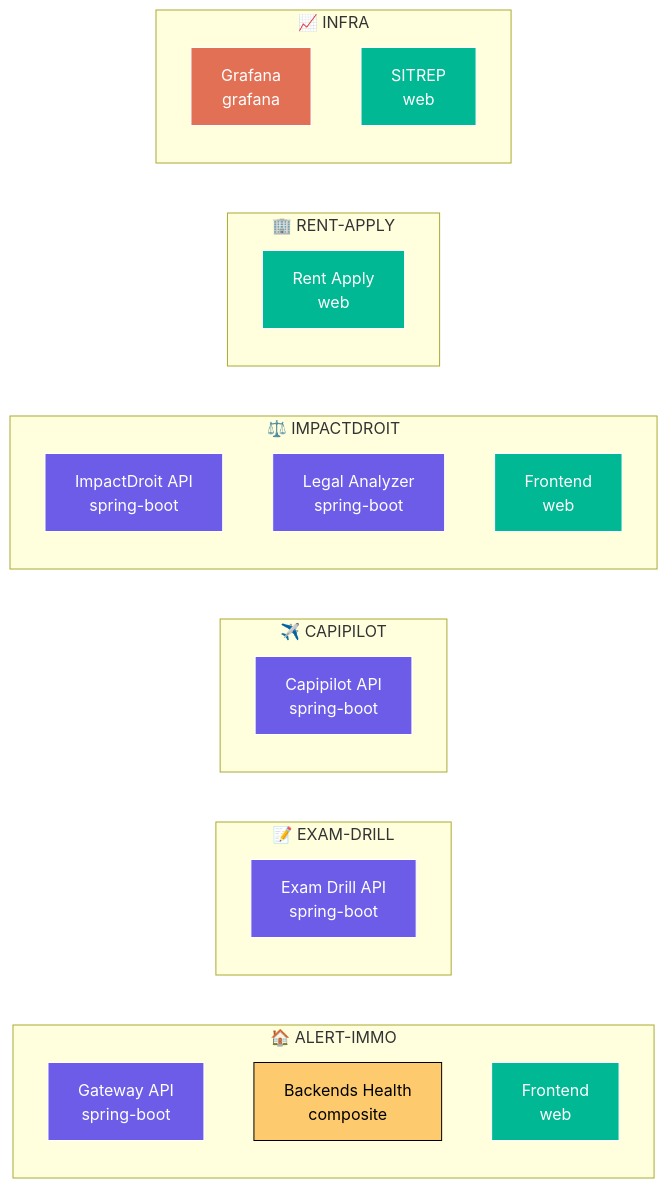
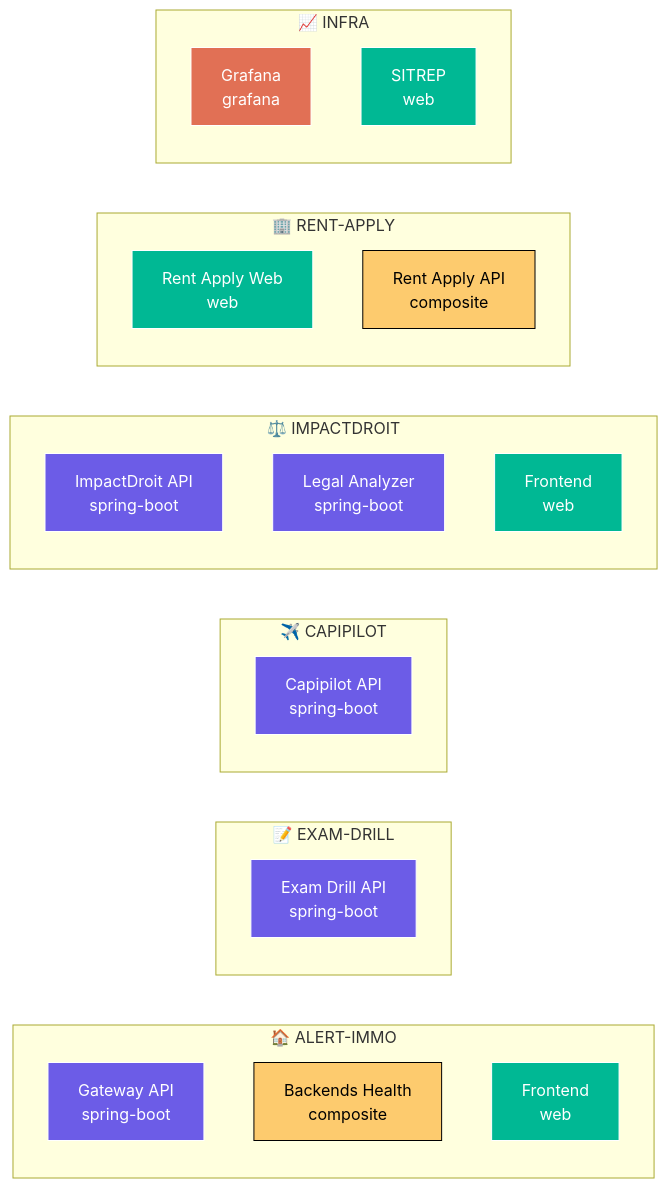
The third of 4 diagrams in GUIDE.md (benjiiDELPECH/sitrep), drawn with Mermaid before and after one commit. The commit also changed other lines of this file and 1 other file, not shown here.

````diff
--- a/GUIDE.md
+++ b/GUIDE.md
@@ -256,41 +264,42 @@
 ```mermaid
 flowchart LR
     subgraph ALERTIMMO["🏠 ALERT-IMMO"]
         AI1["Gateway API\nspring-boot"]
         AI2["Backends Health\ncomposite"]
         AI3["Frontend\nweb"]
     end
 
     subgraph EXAMDRILL["📝 EXAM-DRILL"]
         ED1["Exam Drill API\nspring-boot"]
     end
 
     subgraph CAPIPILOT["✈️ CAPIPILOT"]
         CP1["Capipilot API\nspring-boot"]
     end
 
     subgraph IMPACTDROIT["⚖️ IMPACTDROIT"]
         ID1["ImpactDroit API\nspring-boot"]
         ID2["Legal Analyzer\nspring-boot"]
         ID3["Frontend\nweb"]
     end
 
     subgraph RENTAPPLY["🏢 RENT-APPLY"]
-        RA1["Rent Apply\nweb"]
+        RA1["Rent Apply Web\nweb"]
+        RA2["Rent Apply API\ncomposite"]
     end
 
     subgraph INFRAGRP["📈 INFRA"]
         INF1["Grafana\ngrafana"]
         INF2["SITREP\nweb"]
     end
 
     classDef spring fill:#6c5ce7,stroke:#fff,color:#fff
     classDef web fill:#00b894,stroke:#fff,color:#fff
     classDef composite fill:#fdcb6e,stroke:#000,color:#000
     classDef grafana fill:#e17055,stroke:#fff,color:#fff
 
     class AI1,ED1,CP1,ID1,ID2 spring
     class AI3,ID3,RA1,INF2 web
-    class AI2 composite
+    class AI2,RA2 composite
     class INF1 grafana
 ```
````
